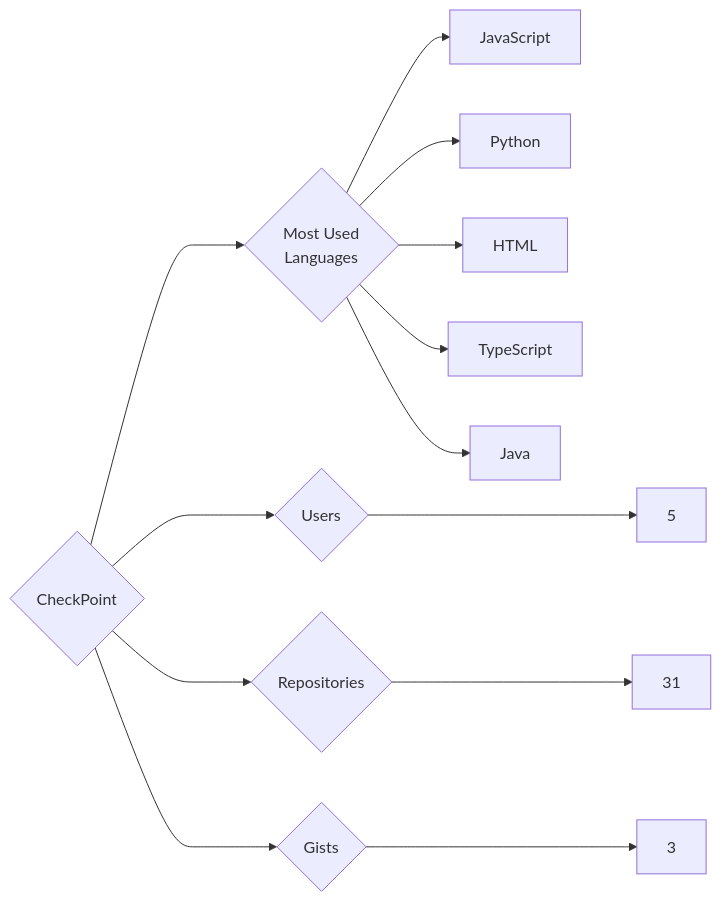
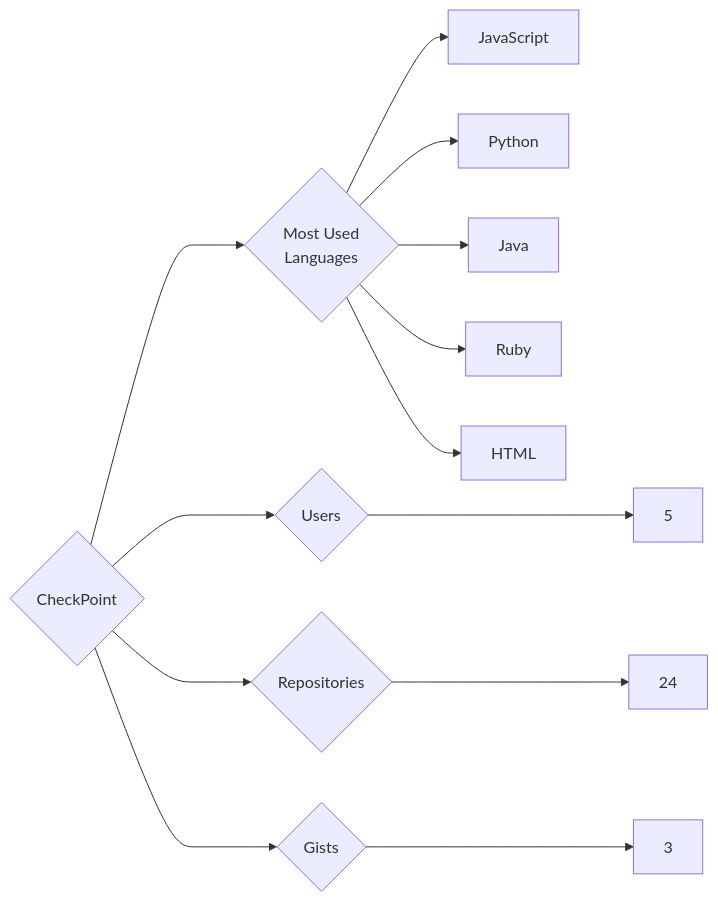
One commit to trickest/insiders changed the diagram in targets/CheckPoint/README.md. Above: the diagram before and after it, drawn with Mermaid. The commit also changed 934 other files, not shown here.

````diff
--- a/targets/CheckPoint/README.md
+++ b/targets/CheckPoint/README.md
@@ -3,13 +3,13 @@
 ```mermaid
 graph LR
 COMPANY_NAME{CheckPoint}
 COMPANY_NAME ---> U{Users} ---> UN[5]
-COMPANY_NAME ---> R{Repositories} ---> RN[31]
+COMPANY_NAME ---> R{Repositories} ---> RN[24]
 COMPANY_NAME ---> G{Gists} ---> GN[3]
 COMPANY_NAME ---> ML{Most Used<br>Languages}
 ML --> JavaScript[JavaScript]
 ML --> Python[Python]
+ML --> Java[Java]
+ML --> Ruby[Ruby]
 ML --> HTML[HTML]
-ML --> TypeScript[TypeScript]
-ML --> Java[Java]
 ```
````
